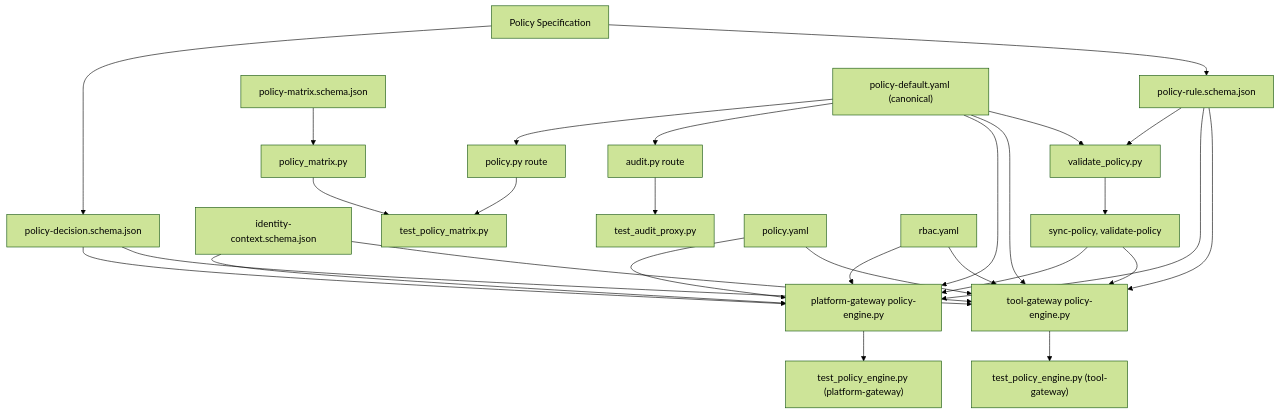
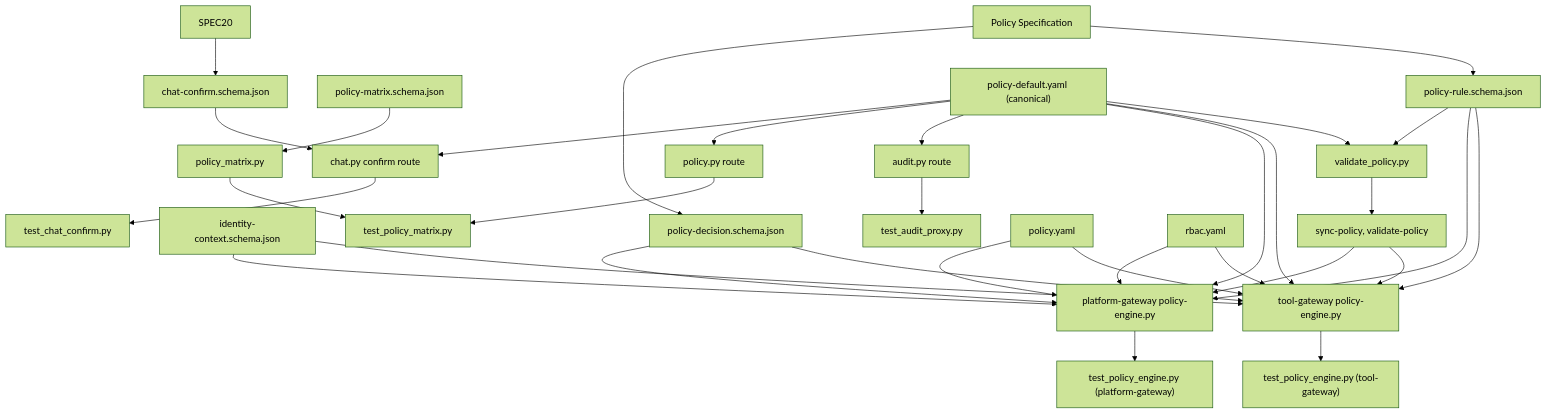
One commit to metasync/luban-aiops changed the fifth of 5 diagrams in .qoder/repowiki/en/content/Policy Management/Policy Management.md. Above: the diagram before and after it, drawn with Mermaid (forest theme). The commit also changed other lines of this file and 24 other files, not shown here.

````diff
--- a/.qoder/repowiki/en/content/Policy Management/Policy Management.md
+++ b/.qoder/repowiki/en/content/Policy Management/Policy Management.md
@@ -572,49 +722,56 @@
 ```mermaid
 graph TB
 POLICY_SPEC["Policy Specification"]
 RULE_SCHEMA["policy-rule.schema.json"]
 DECISION_SCHEMA["policy-decision.schema.json"]
 IDENTITY_SCHEMA["identity-context.schema.json"]
 MATRIX_SCHEMA["policy-matrix.schema.json"]
+CONFIRM_SCHEMA["chat-confirm.schema.json"]
 ENGINE_TOOL["tool-gateway policy-engine.py"]
 ENGINE_PLATFORM["platform-gateway policy-engine.py"]
 MATRIX_ENGINE["policy_matrix.py"]
+CHAT_ROUTE["chat.py confirm route"]
 DEFAULT_YAML["policy-default.yaml (canonical)"]
 TEST_TOOL["test_policy_engine.py (tool-gateway)"]
 TEST_PLATFORM["test_policy_engine.py (platform-gateway)"]
+TEST_CHAT["test_chat_confirm.py"]
 TEST_AUDIT["test_audit_proxy.py"]
 TEST_MATRIX["test_policy_matrix.py"]
 K8S_POLICY["policy.yaml"]
 K8S_RBAC["rbac.yaml"]
 VALIDATE_SCRIPT["validate_policy.py"]
 MAKEFILE_TARGETS["sync-policy, validate-policy"]
 AUDIT_ROUTE["audit.py route"]
 POLICY_ROUTE["policy.py route"]
 POLICY_SPEC --> RULE_SCHEMA
 POLICY_SPEC --> DECISION_SCHEMA
+SPEC20 --> CONFIRM_SCHEMA
 RULE_SCHEMA --> ENGINE_TOOL
 RULE_SCHEMA --> ENGINE_PLATFORM
 RULE_SCHEMA --> VALIDATE_SCRIPT
 DECISION_SCHEMA --> ENGINE_TOOL
 DECISION_SCHEMA --> ENGINE_PLATFORM
 IDENTITY_SCHEMA --> ENGINE_TOOL
 IDENTITY_SCHEMA --> ENGINE_PLATFORM
 MATRIX_SCHEMA --> MATRIX_ENGINE
+CONFIRM_SCHEMA --> CHAT_ROUTE
 DEFAULT_YAML --> VALIDATE_SCRIPT
 DEFAULT_YAML --> ENGINE_TOOL
 DEFAULT_YAML --> ENGINE_PLATFORM
 DEFAULT_YAML --> AUDIT_ROUTE
 DEFAULT_YAML --> POLICY_ROUTE
+DEFAULT_YAML --> CHAT_ROUTE
 VALIDATE_SCRIPT --> MAKEFILE_TARGETS
 MAKEFILE_TARGETS --> ENGINE_TOOL
 MAKEFILE_TARGETS --> ENGINE_PLATFORM
 ENGINE_TOOL --> TEST_TOOL
 ENGINE_PLATFORM --> TEST_PLATFORM
+CHAT_ROUTE --> TEST_CHAT
 AUDIT_ROUTE --> TEST_AUDIT
 POLICY_ROUTE --> TEST_MATRIX
 MATRIX_ENGINE --> TEST_MATRIX
 K8S_POLICY --> ENGINE_TOOL
 K8S_POLICY --> ENGINE_PLATFORM
 K8S_RBAC --> ENGINE_TOOL
 K8S_RBAC --> ENGINE_PLATFORM
 ```
````
